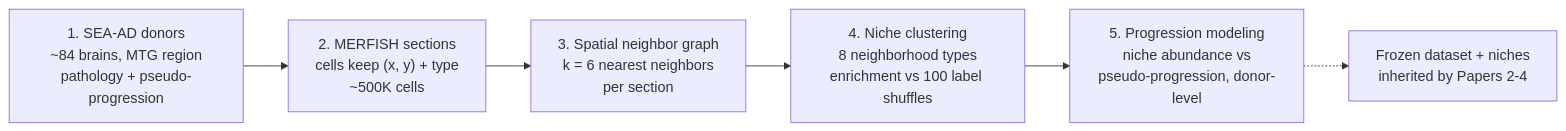
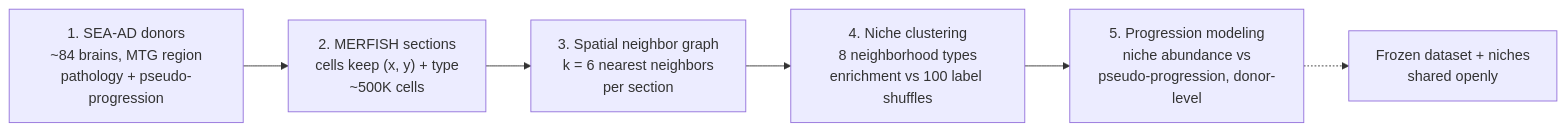
The diagram in docs/figures/concept_figure.md (hwilner/sea-ad-spatial-progression-niches), drawn with Mermaid before and after one commit. The commit also changed other lines of this file and 4 other files, not shown here.

````diff
--- a/docs/figures/concept_figure.md
+++ b/docs/figures/concept_figure.md
@@ -7,8 +7,8 @@
 ```mermaid
 flowchart LR
     A["1. SEA-AD donors<br/>~84 brains, MTG region<br/>pathology + pseudo-progression"] --> B["2. MERFISH sections<br/>cells keep (x, y) + type<br/>~500K cells"]
     B --> C["3. Spatial neighbor graph<br/>k = 6 nearest neighbors<br/>per section"]
     C --> D["4. Niche clustering<br/>8 neighborhood types<br/>enrichment vs 100 label shuffles"]
     D --> E["5. Progression modeling<br/>niche abundance vs<br/>pseudo-progression, donor-level"]
-    E -.-> F["Frozen dataset + niches<br/>inherited by Papers 2-4"]
+    E -.-> F["Frozen dataset + niches<br/>shared openly"]
 ```
````
